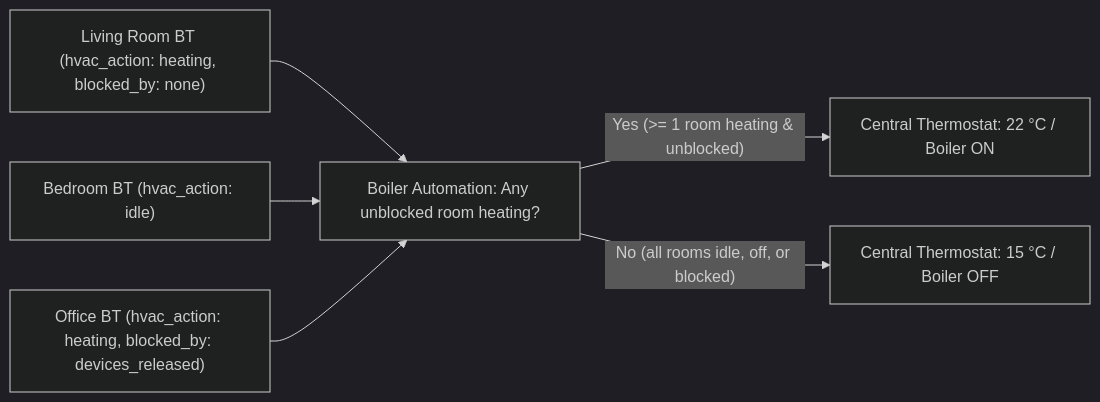
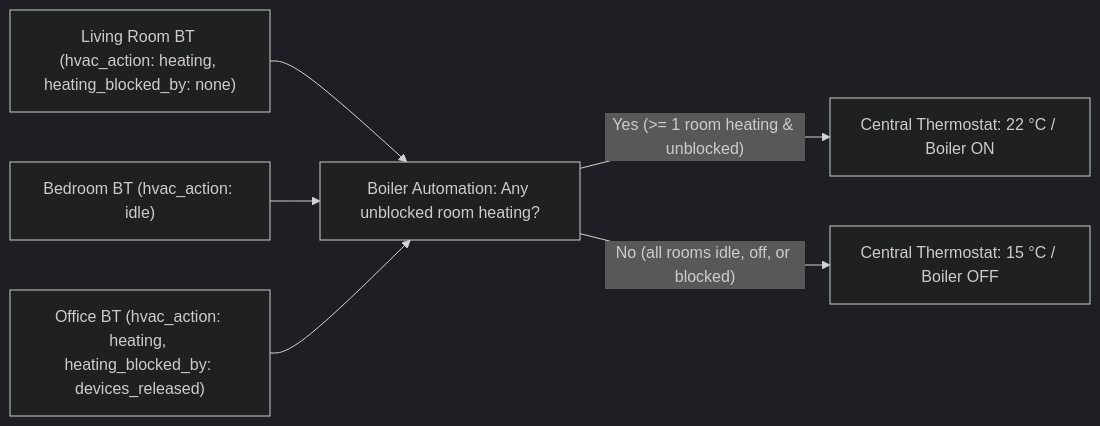
One commit to KartoffelToby/better_thermostat changed the diagram in docs/deep-explanations/central-heating-thermostat.md. Above: the diagram before and after it, drawn with Mermaid (dark theme). The commit also changed 2 other files, not shown here.

Commit message:
docs: correct heating block attributes, legacy step defaults, and preset setup guidance
<!-- coderabbit-ai-generated:v1 -->

````diff
--- a/docs/deep-explanations/central-heating-thermostat.md
+++ b/docs/deep-explanations/central-heating-thermostat.md
@@ -10,8 +10,8 @@
 ```mermaid
 flowchart LR
-    R1["Living Room BT (hvac_action: heating, blocked_by: none)"] --> AUTO["Boiler Automation: Any unblocked room heating?"]
+    R1["Living Room BT (hvac_action: heating, heating_blocked_by: none)"] --> AUTO["Boiler Automation: Any unblocked room heating?"]
     R2["Bedroom BT (hvac_action: idle)"] --> AUTO
-    R3["Office BT (hvac_action: heating, blocked_by: devices_released)"] --> AUTO
+    R3["Office BT (hvac_action: heating, heating_blocked_by: devices_released)"] --> AUTO
     AUTO -->|"Yes (>= 1 room heating & unblocked)"| ON["Central Thermostat: 22 °C / Boiler ON"]
     AUTO -->|"No (all rooms idle, off, or blocked)"| OFF["Central Thermostat: 15 °C / Boiler OFF"]
 ```
````
